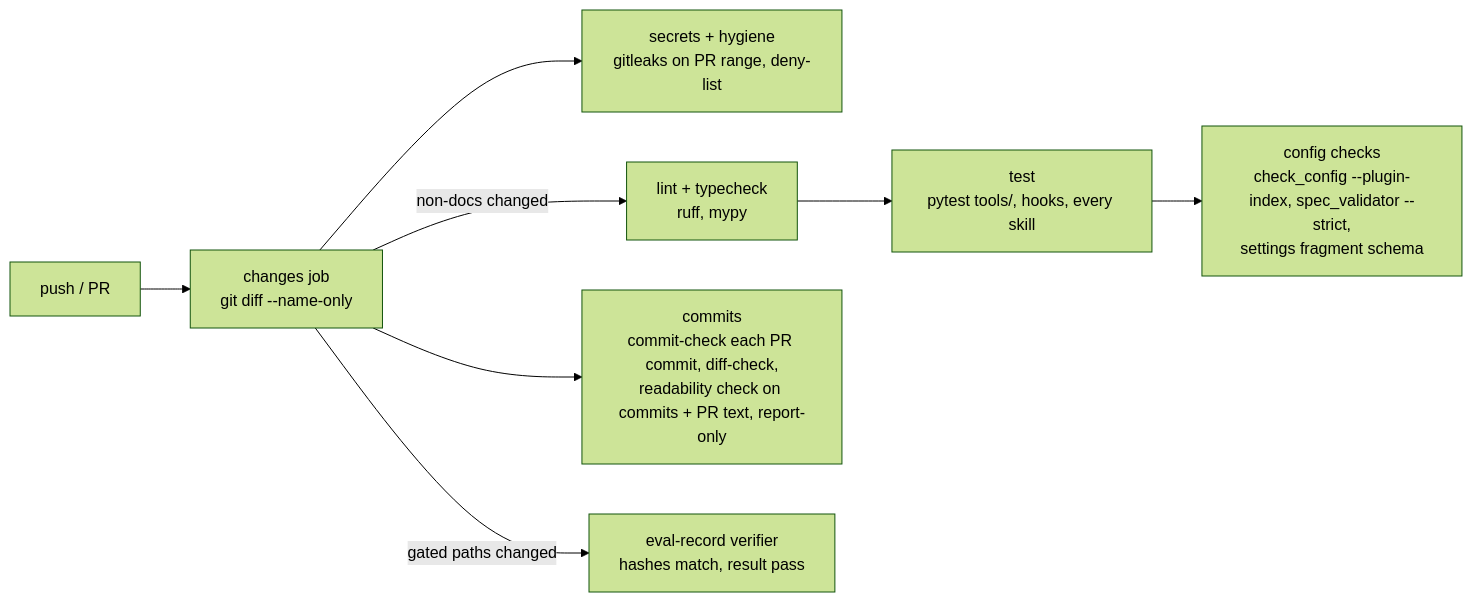
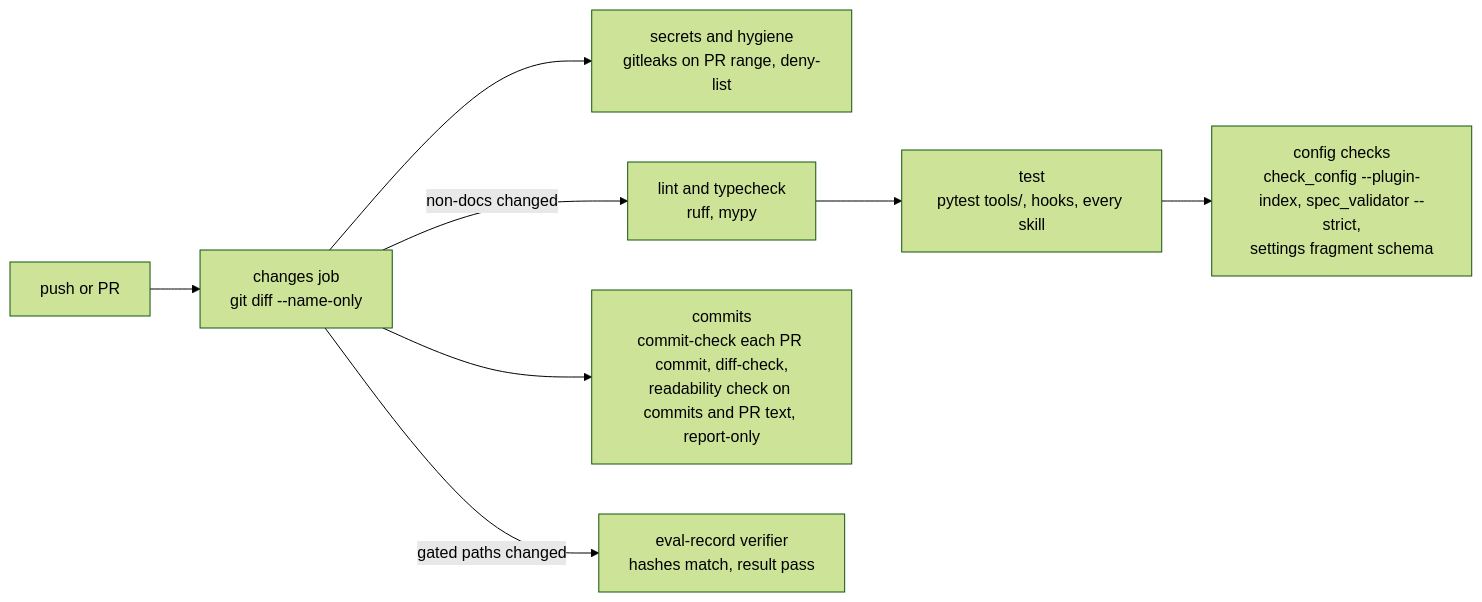
One commit to Towerism/claude-config changed the fifth of 5 diagrams in docs/architecture/README.md. Above: the diagram before and after it, drawn with Mermaid (forest theme). The commit also changed other lines of this file and 1 other file, not shown here.

First line of the commit message:
docs(architecture): quote diagram labels so every mermaid block renders (#81)

````diff
--- a/docs/architecture/README.md
+++ b/docs/architecture/README.md
@@ -293,10 +293,10 @@
 ```mermaid
 flowchart LR
-  PR[push / PR] --> CH[changes job<br/>git diff --name-only]
-  CH --> SEC[secrets + hygiene<br/>gitleaks on PR range, deny-list]
-  CH -->|non-docs changed| LT[lint + typecheck<br/>ruff, mypy]
-  LT --> TST[test<br/>pytest tools/, hooks, every skill]
-  TST --> CHK[config checks<br/>check_config --plugin-index, spec_validator --strict,<br/>settings fragment schema]
-  CH --> CC[commits<br/>commit-check each PR commit, diff-check,<br/>readability check on commits + PR text, report-only]
-  CH -->|gated paths changed| ER[eval-record verifier<br/>hashes match, result pass]
+  PR["push or PR"] --> CH["changes job<br/>git diff --name-only"]
+  CH --> SEC["secrets and hygiene<br/>gitleaks on PR range, deny-list"]
+  CH -->|"non-docs changed"| LT["lint and typecheck<br/>ruff, mypy"]
+  LT --> TST["test<br/>pytest tools/, hooks, every skill"]
+  TST --> CHK["config checks<br/>check_config --plugin-index, spec_validator --strict,<br/>settings fragment schema"]
+  CH --> CC["commits<br/>commit-check each PR commit, diff-check,<br/>readability check on commits and PR text, report-only"]
+  CH -->|"gated paths changed"| ER["eval-record verifier<br/>hashes match, result pass"]
 ```
````
